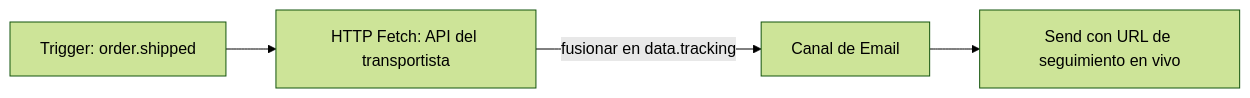
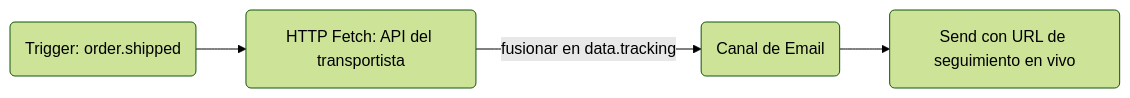
One commit to KriyanshKhunt/nexus_docs changed the diagram in content/docs/es/platform/features/http-fetch-node.mdx. Above: the diagram before and after it, drawn with Mermaid (forest theme). The commit also changed 20 other files, not shown here.

Commit message:
Handle es Mermaid charts

````diff
--- a/content/docs/es/platform/features/http-fetch-node.mdx
+++ b/content/docs/es/platform/features/http-fetch-node.mdx
@@ -20,6 +20,6 @@
 ```mermaid
 flowchart LR
-  T[Trigger: order.shipped] --> F[HTTP Fetch: API del transportista]
-  F -->|fusionar en data.tracking| E[Canal de Email]
-  E --> Out[Send con URL de seguimiento en vivo]
+  T(Trigger: order.shipped) --> F(HTTP Fetch: API del transportista)
+  F -->|fusionar en data.tracking| E(Canal de Email)
+  E --> Out(Send con URL de seguimiento en vivo)
 ```
````
